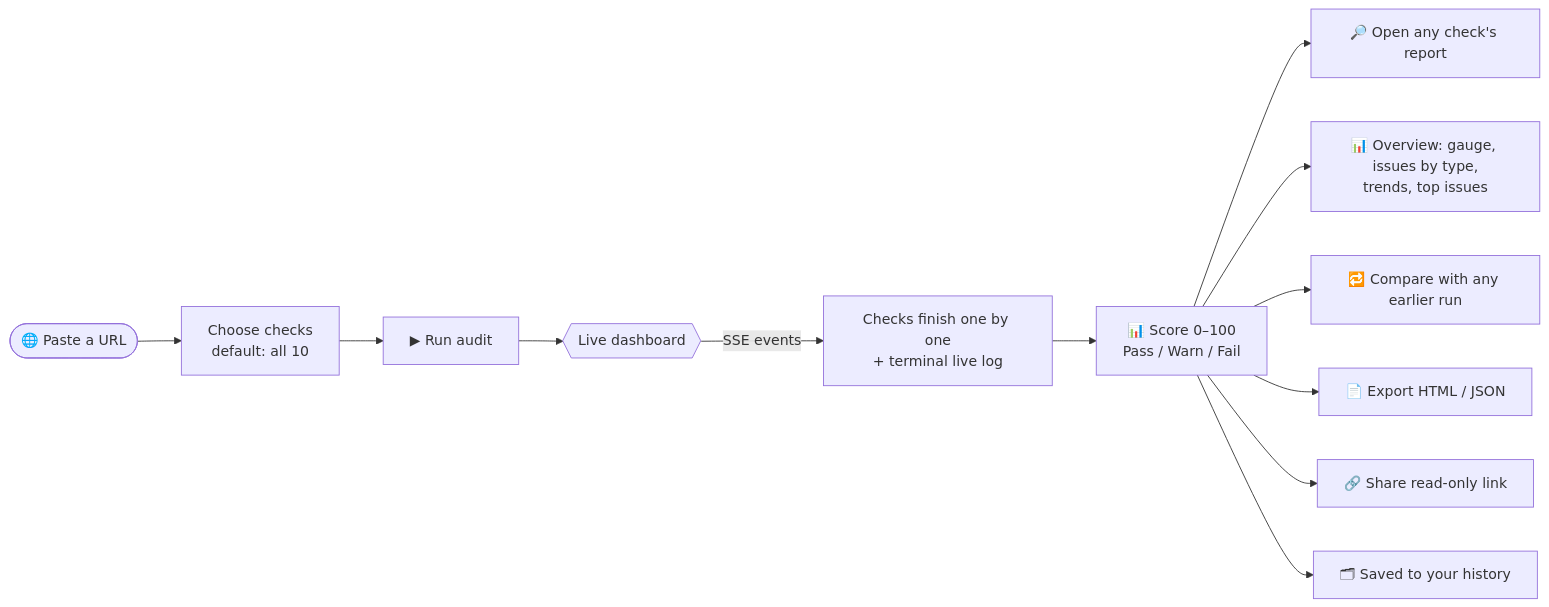
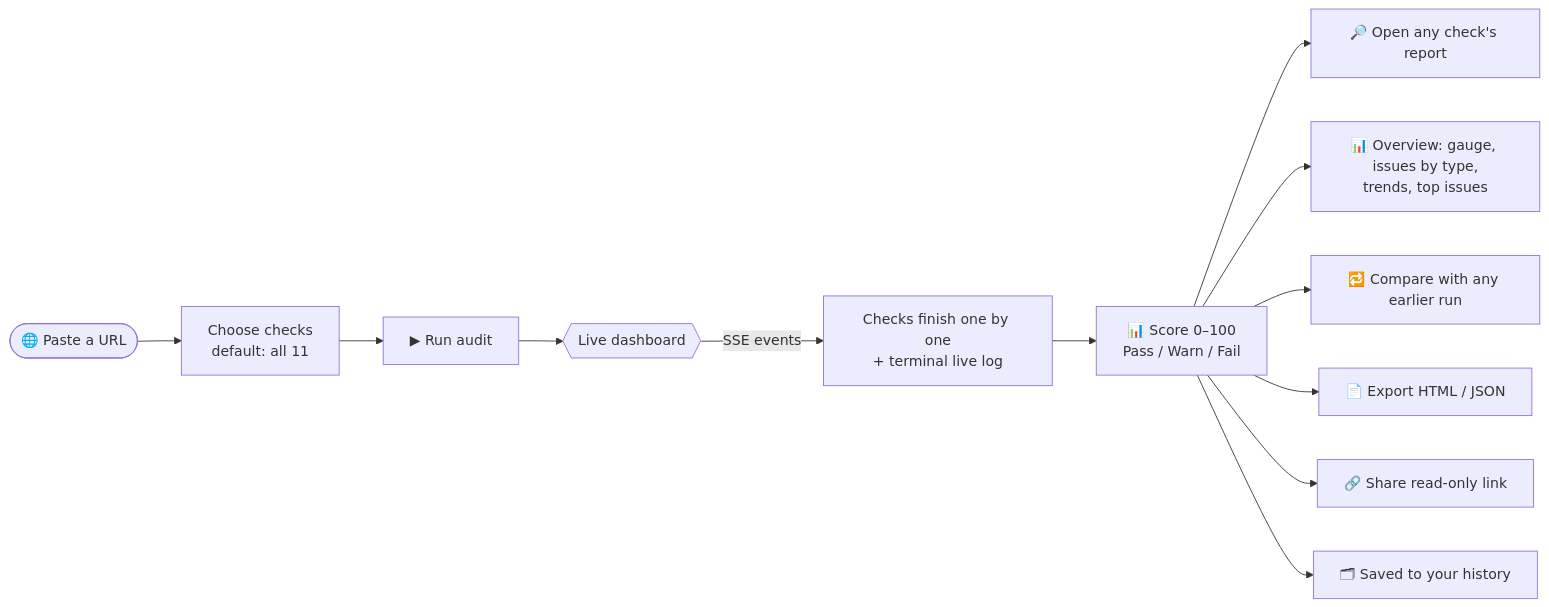
Before and after one commit to Pubudugunawardhana/PulseQA-Automated-Web-Auditing: the first of 4 diagrams in README.md, drawn with Mermaid. The commit also changed other lines of this file and 4 other files, not shown here.

````diff
--- a/README.md
+++ b/README.md
@@ -83,14 +84,14 @@
 ```mermaid
 flowchart LR
-    A([🌐 Paste a URL]) --> B[Choose checks<br/>default: all 10]
+    A([🌐 Paste a URL]) --> B[Choose checks<br/>default: all 11]
     B --> C[▶ Run audit]
     C --> D{{Live dashboard}}
     D -->|SSE events| E[Checks finish one by one<br/>+ terminal live log]
     E --> F[📊 Score 0–100<br/>Pass / Warn / Fail]
     F --> G[🔎 Open any check's report]
     F --> O[📊 Overview: gauge, issues by type,<br/>trends, top issues]
     F --> H[🔁 Compare with any earlier run]
     F --> I[📄 Export HTML / JSON]
     F --> J[🔗 Share read-only link]
     F --> K[🗂 Saved to your history]
 ```
````
